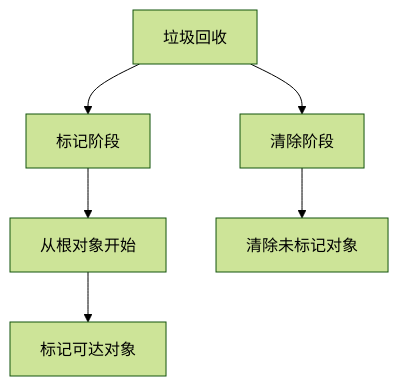
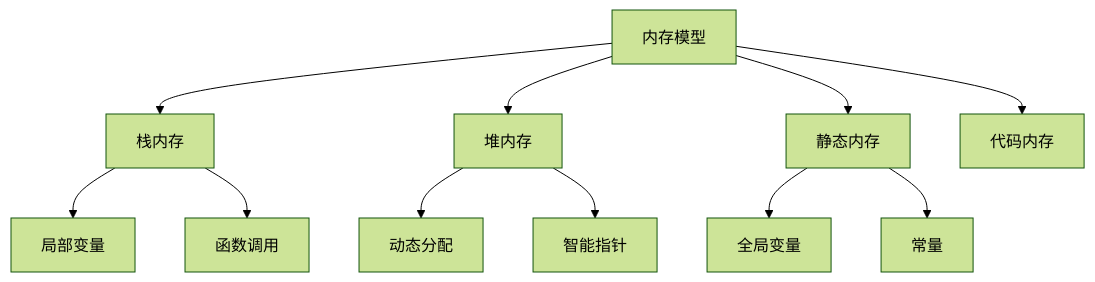
The second of 2 diagrams in formal_rust/refactor/01_core_theory/03_memory_model/01_memory_model_theory.md (martin-ly/rust-lang), drawn with Mermaid (forest theme) before and after one commit. The commit also changed other lines of this file and 3863 other files, not shown here.

````diff
--- a/formal_rust/refactor/01_core_theory/03_memory_model/01_memory_model_theory.md
+++ b/formal_rust/refactor/01_core_theory/03_memory_model/01_memory_model_theory.md
@@ -468,8 +481,14 @@
 ```mermaid
-graph TD
-    A[垃圾回收] --> B[标记阶段]
-    A --> C[清除阶段]
-    B --> D[从根对象开始]
-    D --> E[标记可达对象]
-    C --> F[清除未标记对象]
+graph TB
+    A[内存模型] --> B[栈内存]
+    A --> C[堆内存]
+    A --> D[静态内存]
+    A --> E[代码内存]
+    
+    B --> B1[局部变量]
+    B --> B2[函数调用]
+    C --> C1[动态分配]
+    C --> C2[智能指针]
+    D --> D1[全局变量]
+    D --> D2[常量]
 ```
````
